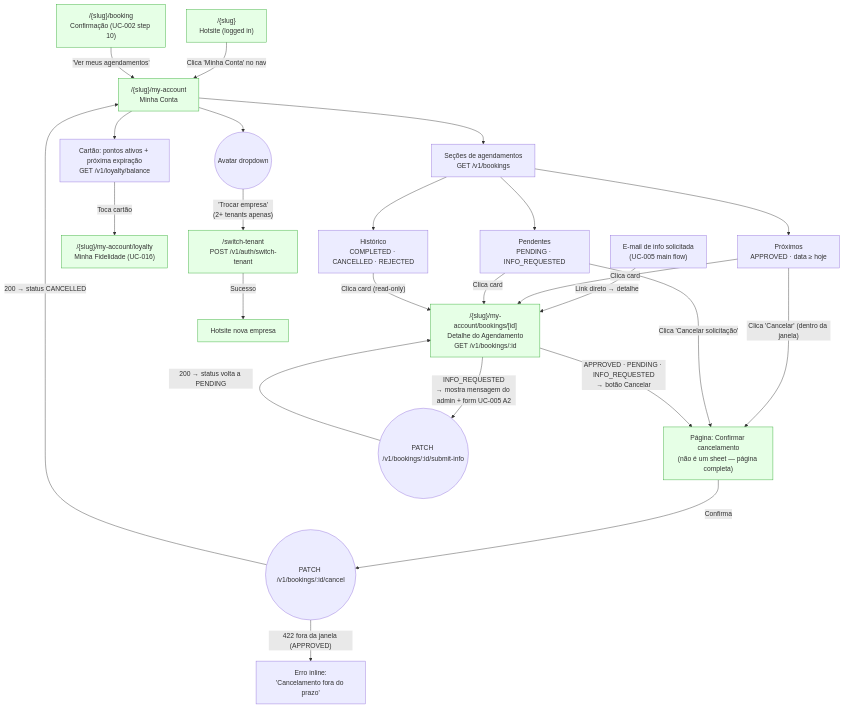
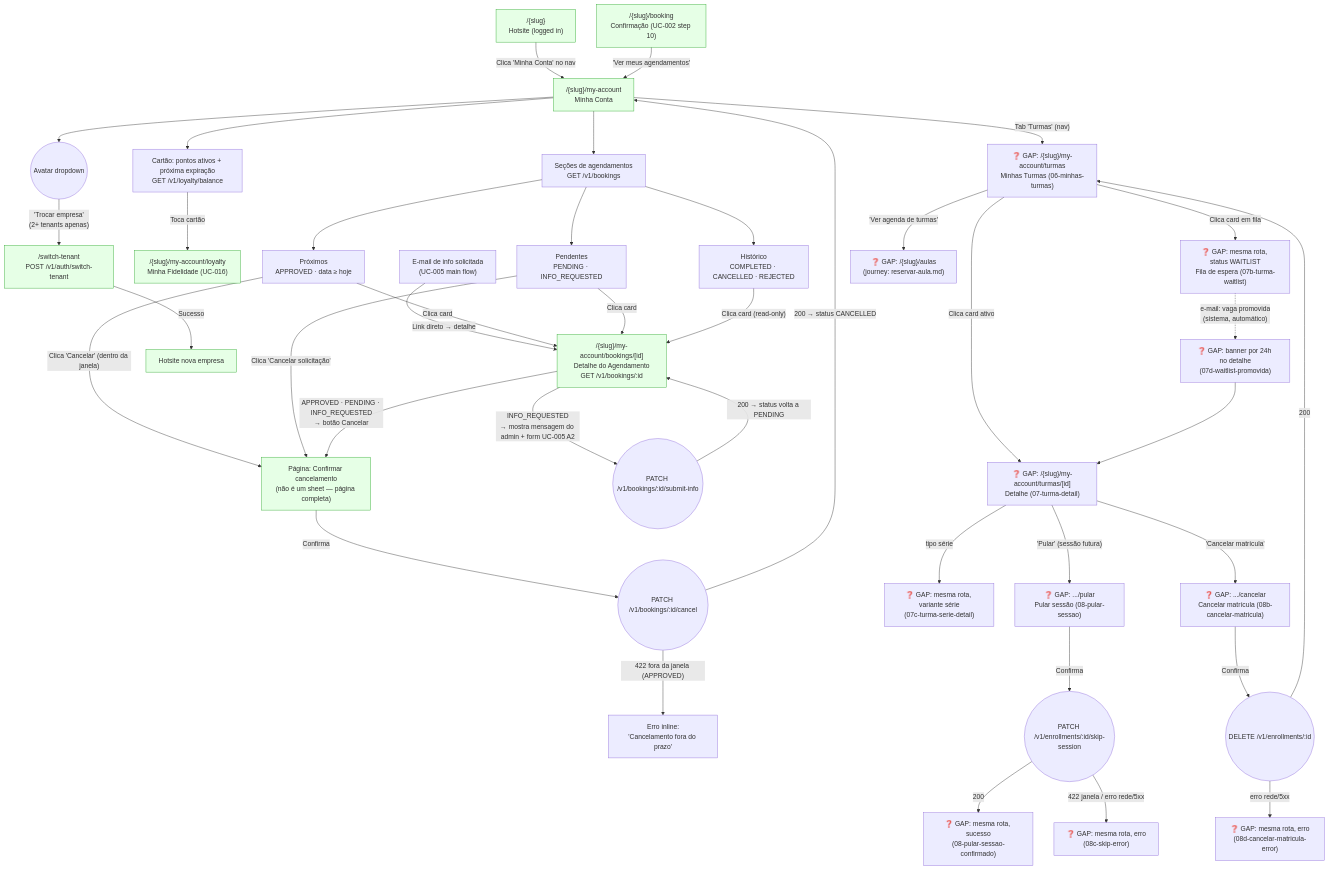
One commit to lmmoreira/ikaro changed the diagram in plan/journey/customer/minha-conta.md. Above: the diagram before and after it, drawn with Mermaid. The commit also changed other lines of this file and 81 other files, not shown here.

````diff
--- a/plan/journey/customer/minha-conta.md
+++ b/plan/journey/customer/minha-conta.md
@@ -10,38 +10,58 @@
 ```mermaid
 flowchart TD
     classDef existing fill:#e6ffe6,stroke:#3a3
     classDef gap stroke:#f00,stroke-dasharray: 5 5,fill:#fee
 
     Hotsite["/{slug}<br/>Hotsite (logged in)"] -->|"Clica 'Minha Conta' no nav"| MinhaConta
     BookingConfirm["/{slug}/booking<br/>Confirmação (UC-002 step 10)"] -->|"'Ver meus agendamentos'"| MinhaConta
     InfoEmail["E-mail de info solicitada<br/>(UC-005 main flow)"] -->|"Link direto → detalhe"| Detail
 
     MinhaConta["/{slug}/my-account<br/>Minha Conta"] --> LoyaltySummary["Cartão: pontos ativos + próxima expiração<br/>GET /v1/loyalty/balance"]
     LoyaltySummary -->|"Toca cartão"| LoyaltyFull["/{slug}/my-account/loyalty<br/>Minha Fidelidade (UC-016)"]
     MinhaConta --> AvatarMenu(("Avatar dropdown"))
     AvatarMenu -->|"'Trocar empresa'<br/>(2+ tenants apenas)"| SwitchTenant["/switch-tenant<br/>POST /v1/auth/switch-tenant"]
     SwitchTenant -->|"Sucesso"| NewTenant["Hotsite nova empresa"]
     MinhaConta --> BookingList["Seções de agendamentos<br/>GET /v1/bookings"]
 
     BookingList --> Upcoming["Próximos<br/>APPROVED · data ≥ hoje"]
     BookingList --> Pending["Pendentes<br/>PENDING · INFO_REQUESTED"]
     BookingList --> Past["Histórico<br/>COMPLETED · CANCELLED · REJECTED"]
 
     Upcoming -->|"Clica card"| Detail
     Pending -->|"Clica card"| Detail
     Past -->|"Clica card (read-only)"| Detail
 
     Upcoming -->|"Clica 'Cancelar' (dentro da janela)"| CancelPage["Página: Confirmar cancelamento<br/>(não é um sheet — página completa)"]
     Pending -->|"Clica 'Cancelar solicitação'"| CancelPage
 
     Detail["/{slug}/my-account/bookings/[id]<br/>Detalhe do Agendamento<br/>GET /v1/bookings/:id"] -->|"APPROVED · PENDING · INFO_REQUESTED<br/>→ botão Cancelar"| CancelPage
 
     Detail -->|"INFO_REQUESTED<br/>→ mostra mensagem do admin + form UC-005 A2"| InfoSubmit(("PATCH /v1/bookings/:id/submit-info"))
     InfoSubmit -->|"200 → status volta a PENDING"| Detail
 
     CancelPage -->|"Confirma"| CancelCall(("PATCH /v1/bookings/:id/cancel"))
     CancelCall -->|"200 → status CANCELLED"| MinhaConta
     CancelCall -->|"422 fora da janela (APPROVED)"| CancelError["Erro inline:<br/>'Cancelamento fora do prazo'"]
 
+    MinhaConta -->|"Tab 'Turmas' (nav)"| MinhasTurmas["❓ GAP: /{slug}/my-account/turmas<br/>Minhas Turmas (06-minhas-turmas)"]
+    MinhasTurmas -->|"Clica card ativo"| TurmaDetail
+    MinhasTurmas -->|"Clica card em fila"| TurmaWaitlist["❓ GAP: mesma rota, status WAITLIST<br/>Fila de espera (07b-turma-waitlist)"]
+    MinhasTurmas -->|"'Ver agenda de turmas'"| Catalog["❓ GAP: /{slug}/aulas<br/>(journey: reservar-aula.md)"]
+
+    TurmaDetail["❓ GAP: /{slug}/my-account/turmas/[id]<br/>Detalhe (07-turma-detail)"] -->|"tipo série"| TurmaSerieDetail["❓ GAP: mesma rota, variante série<br/>(07c-turma-serie-detail)"]
+    TurmaDetail -->|"'Pular' (sessão futura)"| PularSessao
+    TurmaDetail -->|"'Cancelar matrícula'"| CancelarMatricula
+
+    TurmaWaitlist -.->|"e-mail: vaga promovida<br/>(sistema, automático)"| Promovida["❓ GAP: banner por 24h no detalhe<br/>(07d-waitlist-promovida)"]
+    Promovida --> TurmaDetail
+
+    PularSessao["❓ GAP: .../pular<br/>Pular sessão (08-pular-sessao)"] -->|"Confirma"| PularOk(("PATCH /v1/enrollments/:id/skip-session"))
+    PularOk -->|"200"| PularConfirmado["❓ GAP: mesma rota, sucesso<br/>(08-pular-sessao-confirmado)"]
+    PularOk -->|"422 janela / erro rede/5xx"| PularErro["❓ GAP: mesma rota, erro<br/>(08c-skip-error)"]
+
+    CancelarMatricula["❓ GAP: .../cancelar<br/>Cancelar matrícula (08b-cancelar-matricula)"] -->|"Confirma"| CancelMatriculaCall(("DELETE /v1/enrollments/:id"))
+    CancelMatriculaCall -->|"200"| MinhasTurmas
+    CancelMatriculaCall -->|"erro rede/5xx"| CancelMatriculaErro["❓ GAP: mesma rota, erro<br/>(08d-cancelar-matricula-error)"]
+
     class Hotsite,BookingConfirm,MinhaConta,Detail,CancelPage,LoyaltyFull,SwitchTenant,NewTenant existing
 ```
````
